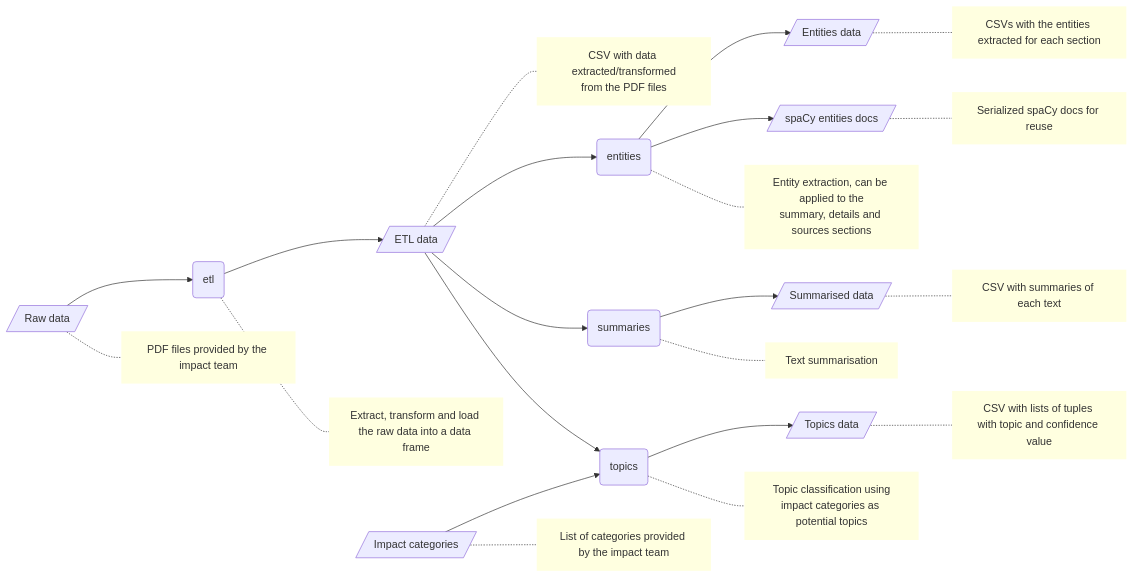
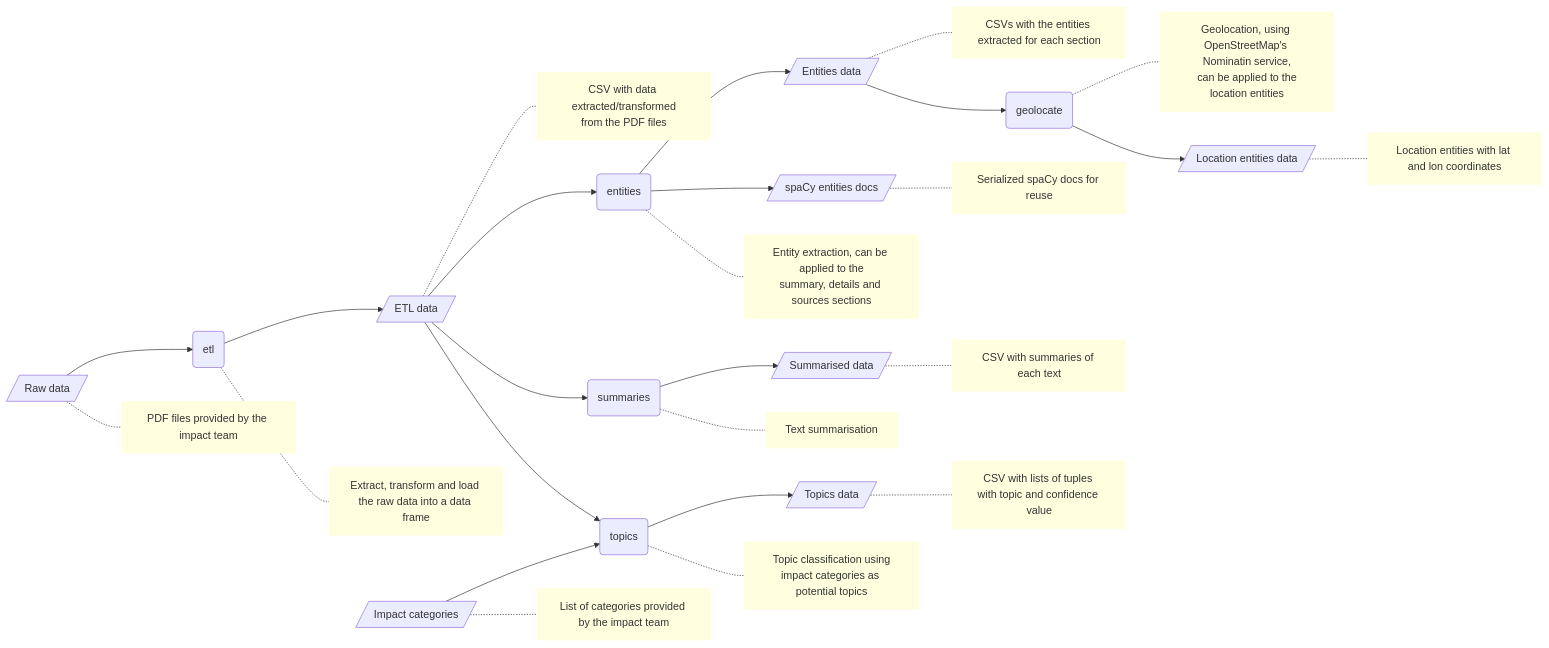
One commit to kingsdigitallab/refida changed the diagram in README.md. Above: the diagram before and after it, drawn with Mermaid.

Commit message:
📖 Doc: Update the workflow diagram.

````diff
--- a/README.md
+++ b/README.md
@@ -9,47 +9,55 @@
 ```mermaid
 flowchart LR
     data_raw[/Raw data/] --> etl(etl)
     data_raw -.- comment_data_raw[PDF files provided by the impact team]
     class comment_data_raw comment
 
     etl --> data_etl[/ETL data/]
     etl -.- comment_etl[Extract, transform and load the raw data into a data frame]
     class comment_etl comment
 
     data_etl -.- comment_data_etl[CSV with data extracted/transformed\nfrom the PDF files]
     data_etl --> entities(entities)
     data_etl --> summaries(summaries)
     data_etl --> topics(topics)
     class comment_data_etl comment
 
     entities --> data_entities[/Entities data/]
     entities --> data_doc_entities[/spaCy entities docs/]
     entities -.- comment_entities[Entity extraction, can be applied to the\nsummary, details and sources sections]
     class comment_entities comment
 
     data_entities -.- comment_data_entities[CSVs with the entities extracted for each section]
+    data_entities --> geolocate(geolocate)
     class comment_data_entities comment
 
     data_doc_entities -.- comment_data_doc_entities[Serialized spaCy docs for reuse]
     class comment_data_doc_entities comment
+
+    geolocate -.- comment_geolocate[Geolocation, using OpenStreetMap's Nominatin service,\n can be applied to the location entities]
+    geolocate --> data_geolocate[/Location entities data/]
+    class comment_geolocate comment
+
+    data_geolocate -.- comment_data_geolocate[Location entities with lat and lon coordinates]
+    class comment_data_geolocate comment
 
     summaries --> data_summaries[/Summarised data/]
     summaries -.- comment_summaries[Text summarisation]
     class comment_summaries comment
 
     data_summaries -.- comment_data_summaries[CSV with summaries of each text]
     class comment_data_summaries comment
 
     data_impact_categories[/Impact categories/] --> topics(topics)
     data_impact_categories -.- comment_data_impact_categories[List of categories provided by the impact team]
     class comment_data_impact_categories comment
 
     topics --> data_topics[/Topics data/]
     topics -.- comment_topics[Topic classification using\nimpact categories as potential topics]
     class comment_topics comment
 
     data_topics -.- comment_data_topics[CSV with lists of tuples with topic and confidence value]
     class comment_data_topics comment
 
     classDef comment fill:lightyellow,stroke-width:0px;
 ```
````
